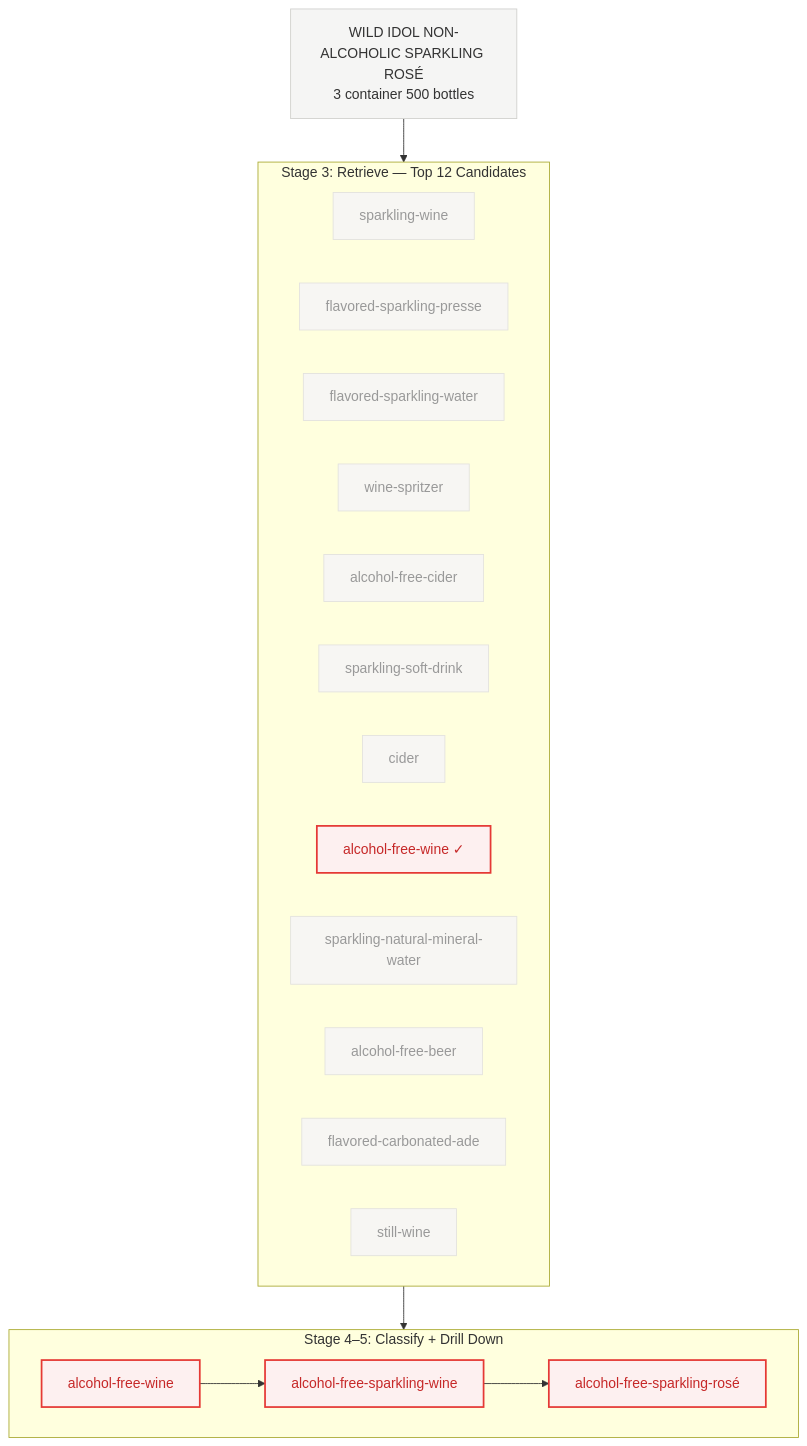
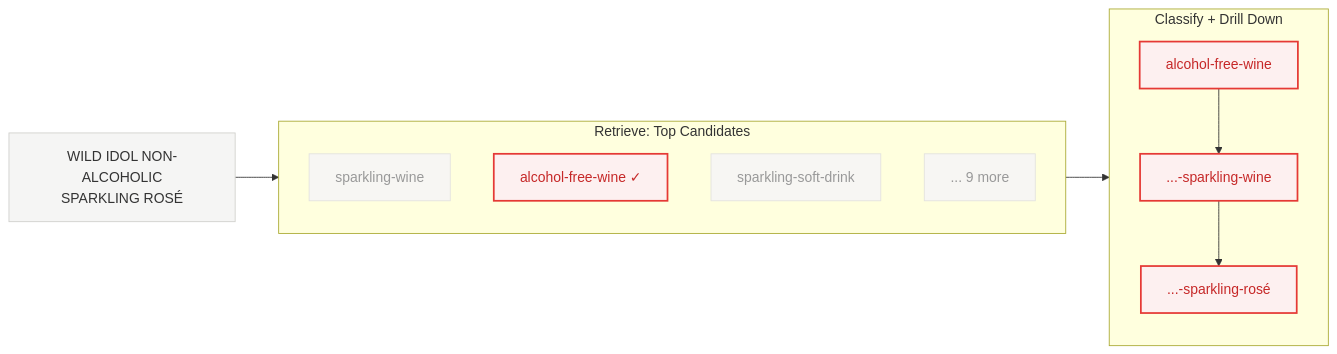
The diagram in mermaid/classification-example.mmd (sion1171/sion1171.github.io), drawn with Mermaid before and after one commit. The commit also changed 1 other file, not shown here.

Commit message:
Simplify classification example: horizontal layout with fewer candidates

```diff
--- a/mermaid/classification-example.mmd
+++ b/mermaid/classification-example.mmd
@@ -1,44 +1,27 @@
-flowchart TD
-    INPUT["WILD IDOL NON-ALCOHOLIC SPARKLING ROSÉ<br/>3 container 500 bottles"]
+flowchart LR
+    INPUT["WILD IDOL NON-ALCOHOLIC<br/>SPARKLING ROSÉ"]
 
-    subgraph RETRIEVE ["Stage 3: Retrieve — Top 12 Candidates"]
+    subgraph RETRIEVE ["Retrieve: Top Candidates"]
         C1["sparkling-wine"]
-        C2["flavored-sparkling-presse"]
-        C3["flavored-sparkling-water"]
-        C4["wine-spritzer"]
-        C5["alcohol-free-cider"]
-        C6["sparkling-soft-drink"]
-        C7["cider"]
-        C8["alcohol-free-wine ✓"]
-        C9["sparkling-natural-mineral-water"]
-        C10["alcohol-free-beer"]
-        C11["flavored-carbonated-ade"]
-        C12["still-wine"]
+        C2["alcohol-free-wine ✓"]
+        C3["sparkling-soft-drink"]
+        C4["... 9 more"]
     end
 
-    subgraph CLASSIFY ["Stage 4–5: Classify + Drill Down"]
+    subgraph CLASSIFY ["Classify + Drill Down"]
         D1["alcohol-free-wine"]
-        D2["alcohol-free-sparkling-wine"]
-        D3["alcohol-free-sparkling-rosé"]
+        D2["...-sparkling-wine"]
+        D3["...-sparkling-rosé"]
         D1 --> D2 --> D3
     end
 
-    INPUT --> RETRIEVE
-    RETRIEVE --> CLASSIFY
+    INPUT --> RETRIEVE --> CLASSIFY
 
     style INPUT fill:#f5f5f4,stroke:#d0d0cc,color:#333
-    style C8 fill:#fdf0f0,stroke:#e53935,stroke-width:2px,color:#c62828
+    style C2 fill:#fdf0f0,stroke:#e53935,stroke-width:2px,color:#c62828
     style C1 fill:#f7f6f3,stroke:#e3e2de,color:#999
-    style C2 fill:#f7f6f3,stroke:#e3e2de,color:#999
     style C3 fill:#f7f6f3,stroke:#e3e2de,color:#999
     style C4 fill:#f7f6f3,stroke:#e3e2de,color:#999
-    style C5 fill:#f7f6f3,stroke:#e3e2de,color:#999
-    style C6 fill:#f7f6f3,stroke:#e3e2de,color:#999
-    style C7 fill:#f7f6f3,stroke:#e3e2de,color:#999
-    style C9 fill:#f7f6f3,stroke:#e3e2de,color:#999
-    style C10 fill:#f7f6f3,stroke:#e3e2de,color:#999
-    style C11 fill:#f7f6f3,stroke:#e3e2de,color:#999
-    style C12 fill:#f7f6f3,stroke:#e3e2de,color:#999
     style D1 fill:#fdf0f0,stroke:#e53935,stroke-width:2px,color:#c62828
     style D2 fill:#fdf0f0,stroke:#e53935,stroke-width:2px,color:#c62828
     style D3 fill:#fdf0f0,stroke:#e53935,stroke-width:2px,color:#c62828
```
